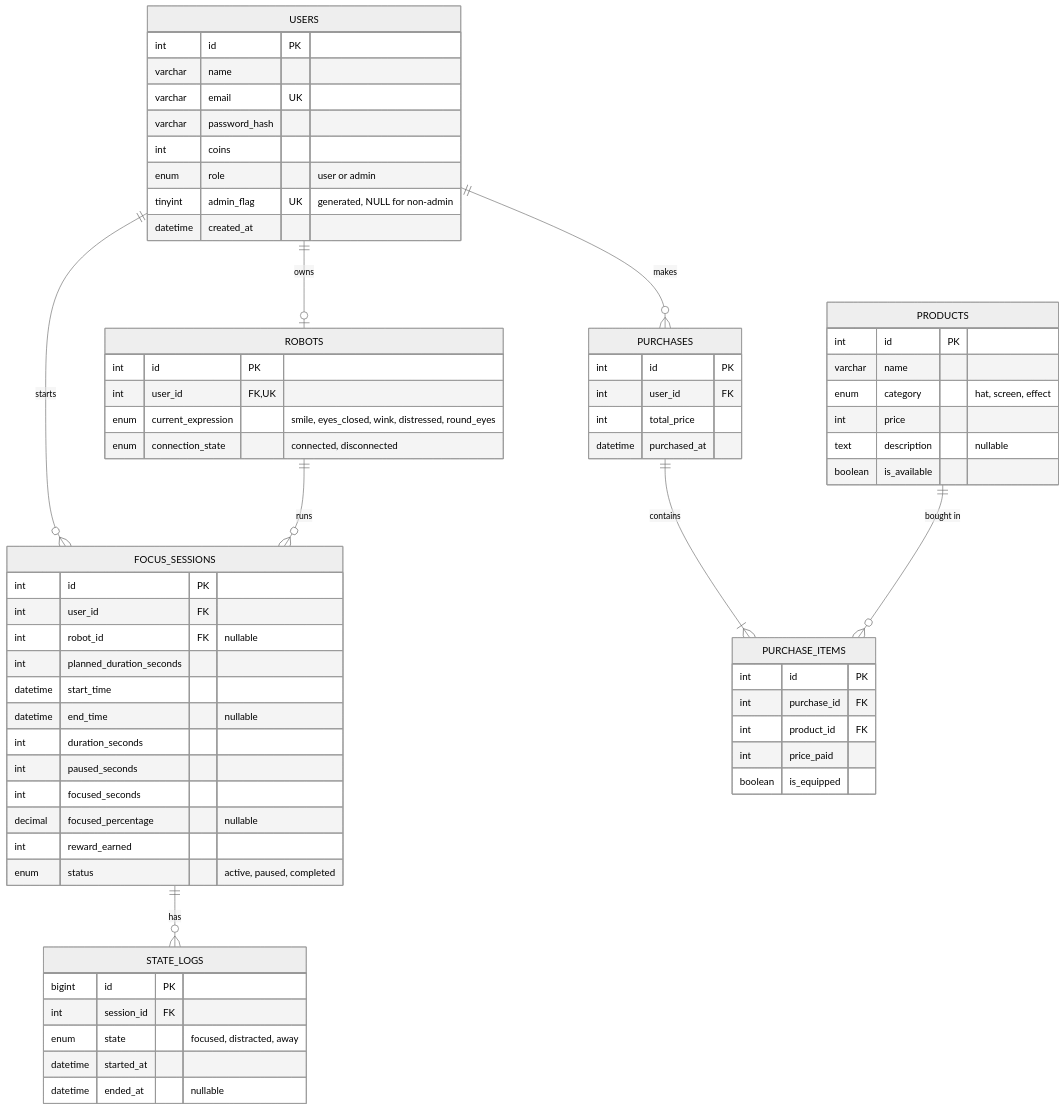
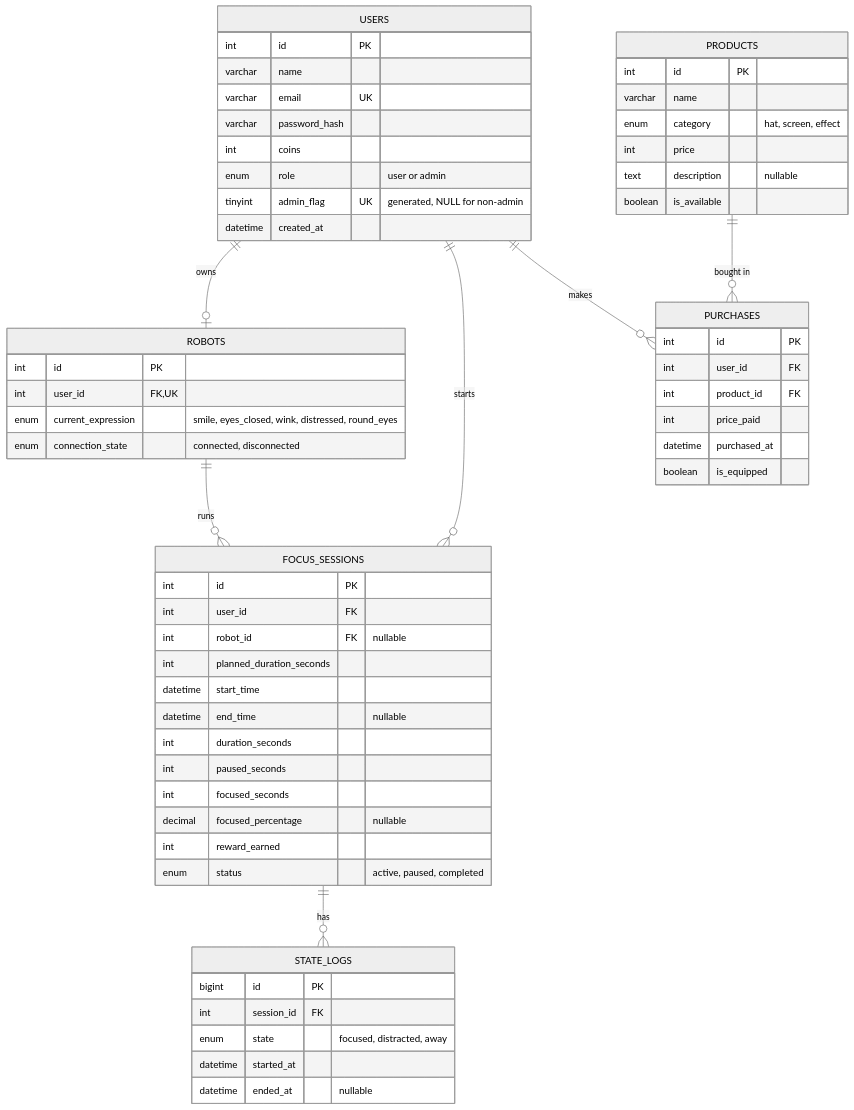
The second of 2 diagrams in Technical Documentation (Stage 3)/Backend.md (ghaid999/Kaboom), drawn with Mermaid (neutral theme) before and after one commit. The commit also changed other lines of this file, not shown here.

````diff
--- a/Technical Documentation (Stage 3)/Backend.md
+++ b/Technical Documentation (Stage 3)/Backend.md
@@ -342,75 +316,68 @@
 ```mermaid
 erDiagram
     USERS ||--o| ROBOTS : owns
     USERS ||--o{ FOCUS_SESSIONS : starts
     ROBOTS ||--o{ FOCUS_SESSIONS : runs
     FOCUS_SESSIONS ||--o{ STATE_LOGS : has
     USERS ||--o{ PURCHASES : makes
-    PURCHASES ||--|{ PURCHASE_ITEMS : contains
-    PRODUCTS ||--o{ PURCHASE_ITEMS : "bought in"
+    PRODUCTS ||--o{ PURCHASES : "bought in"
  
     USERS {
         int id PK
         varchar name
         varchar email UK
         varchar password_hash
         int coins
         enum role "user or admin"
         tinyint admin_flag UK "generated, NULL for non-admin"
         datetime created_at
     }
  
     ROBOTS {
         int id PK
         int user_id FK, UK
         enum current_expression "smile, eyes_closed, wink, distressed, round_eyes"
         enum connection_state "connected, disconnected"
     }
  
     FOCUS_SESSIONS {
         int id PK
         int user_id FK
         int robot_id FK "nullable"
         int planned_duration_seconds
         datetime start_time
         datetime end_time "nullable"
         int duration_seconds
         int paused_seconds
         int focused_seconds
         decimal focused_percentage "nullable"
         int reward_earned
         enum status "active, paused, completed"
     }
  
     STATE_LOGS {
         bigint id PK
         int session_id FK
         enum state "focused, distracted, away"
         datetime started_at
         datetime ended_at "nullable"
     }
  
     PRODUCTS {
         int id PK
         varchar name
         enum category "hat, screen, effect"
         int price
         text description "nullable"
         boolean is_available
     }
  
     PURCHASES {
         int id PK
         int user_id FK
-        int total_price
-        datetime purchased_at
-    }
- 
-    PURCHASE_ITEMS {
-        int id PK
-        int purchase_id FK
         int product_id FK
         int price_paid
+        datetime purchased_at
         boolean is_equipped
     }
 ```
````
